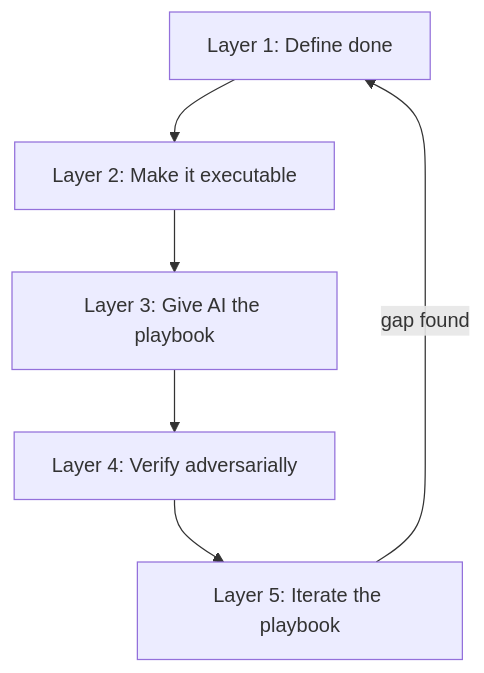
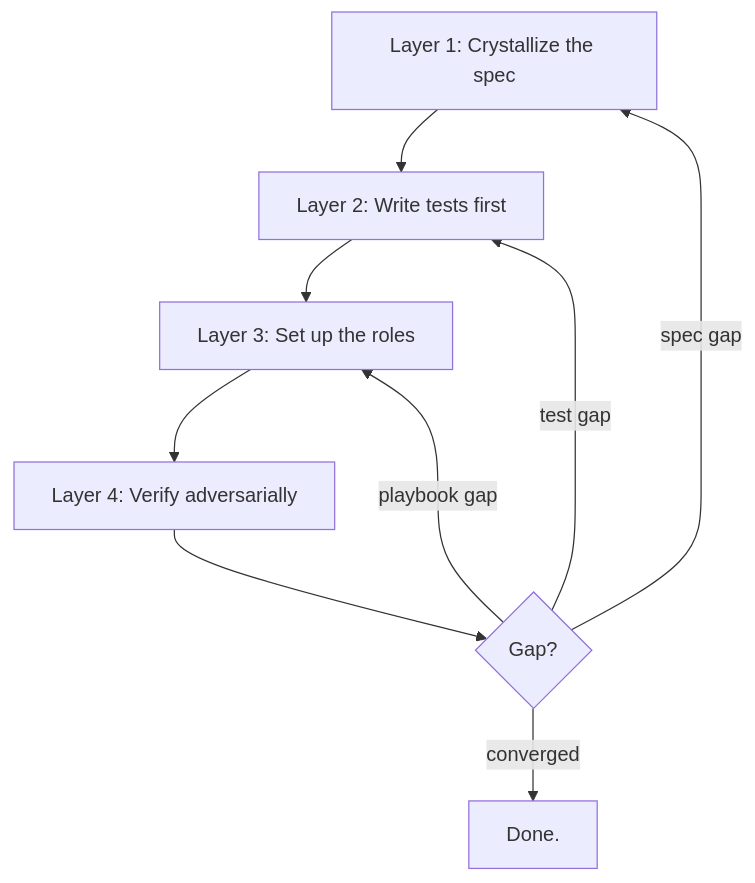
The first of 2 diagrams in src/content/posts/shared-reality.md (grok/sterlinghamilton.com), drawn with Mermaid before and after one commit. The commit also changed other lines of this file, not shown here.

````diff
--- a/src/content/posts/shared-reality.md
+++ b/src/content/posts/shared-reality.md
@@ -115,8 +118,11 @@
 ```mermaid
 flowchart TD
-  A["Layer 1: Define done"] --> B["Layer 2: Make it executable"]
-  B --> C["Layer 3: Give AI the playbook"]
+  A["Layer 1: Crystallize the spec"] --> B["Layer 2: Write tests first"]
+  B --> C["Layer 3: Set up the roles"]
   C --> D["Layer 4: Verify adversarially"]
-  D --> E["Layer 5: Iterate the playbook"]
-  E -->|"gap found"| A
+  D --> E{Gap?}
+  E -->|"spec gap"| A
+  E -->|"test gap"| B
+  E -->|"playbook gap"| C
+  E -->|"converged"| F["Done."]
 ```
````
